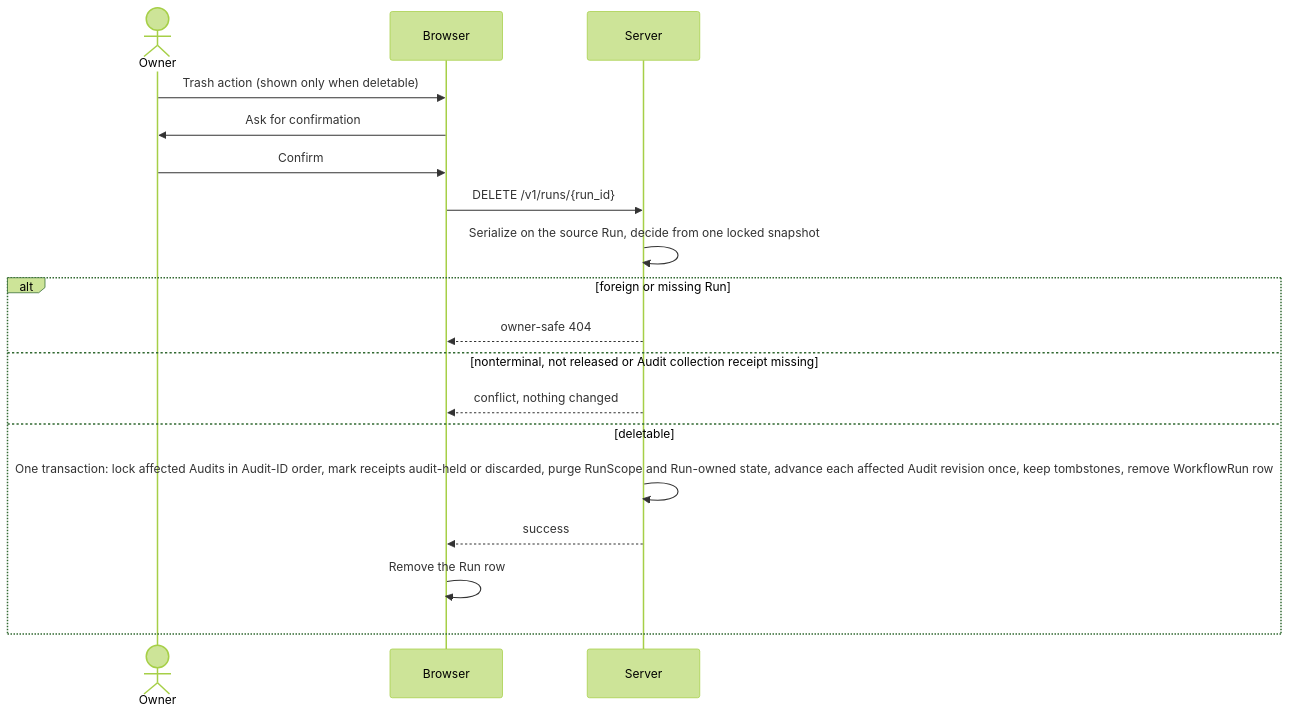
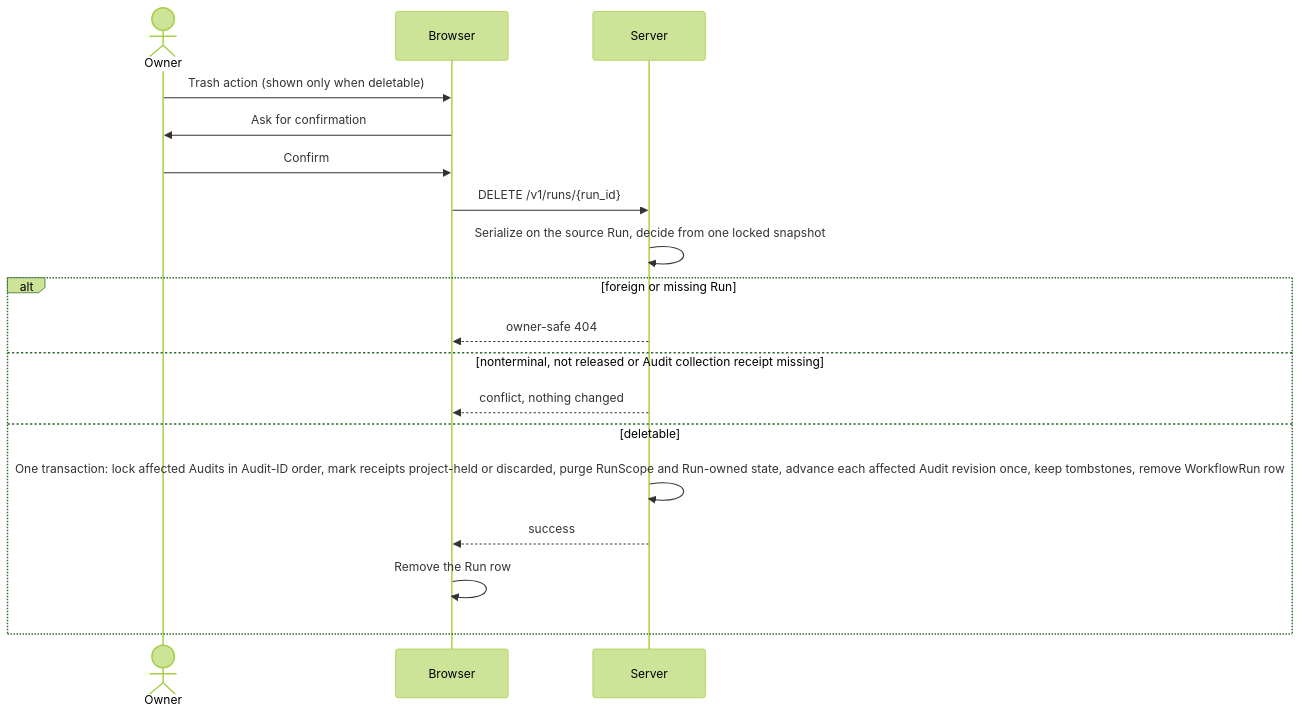
The second of 3 diagrams in docs/spec/artifacts/retention-and-deletion.md (grauwolf32/contractor), drawn with Mermaid (forest theme) before and after one commit. The commit also changed other lines of this file and 162 other files, not shown here.

First line of the commit message:
feat(findings): share canonical Project state across Audits

````diff
--- a/docs/spec/artifacts/retention-and-deletion.md
+++ b/docs/spec/artifacts/retention-and-deletion.md
@@ -375,20 +374,20 @@
 ```mermaid
 sequenceDiagram
     actor Owner
     participant B as Browser
     participant S as Server
     Owner->>B: Trash action (shown only when deletable)
     B->>Owner: Ask for confirmation
     Owner->>B: Confirm
     B->>S: DELETE /v1/runs/{run_id}
     S->>S: Serialize on the source Run, decide from one locked snapshot
     alt foreign or missing Run
         S-->>B: owner-safe 404
     else nonterminal, not released or Audit collection receipt missing
         S-->>B: conflict, nothing changed
     else deletable
-        S->>S: One transaction: lock affected Audits in Audit-ID order, mark receipts audit-held or discarded, purge RunScope and Run-owned state, advance each affected Audit revision once, keep tombstones, remove WorkflowRun row
+        S->>S: One transaction: lock affected Audits in Audit-ID order, mark receipts project-held or discarded, purge RunScope and Run-owned state, advance each affected Audit revision once, keep tombstones, remove WorkflowRun row
         S-->>B: success
         B->>B: Remove the Run row
     end
 ```
````
